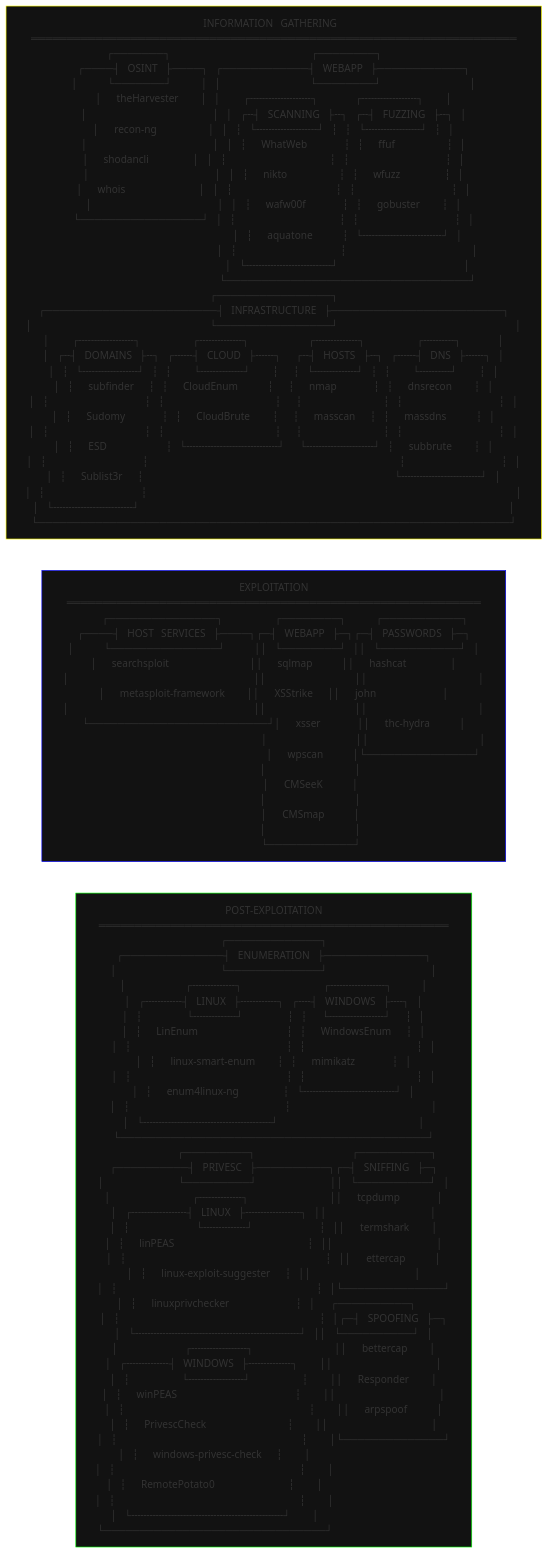
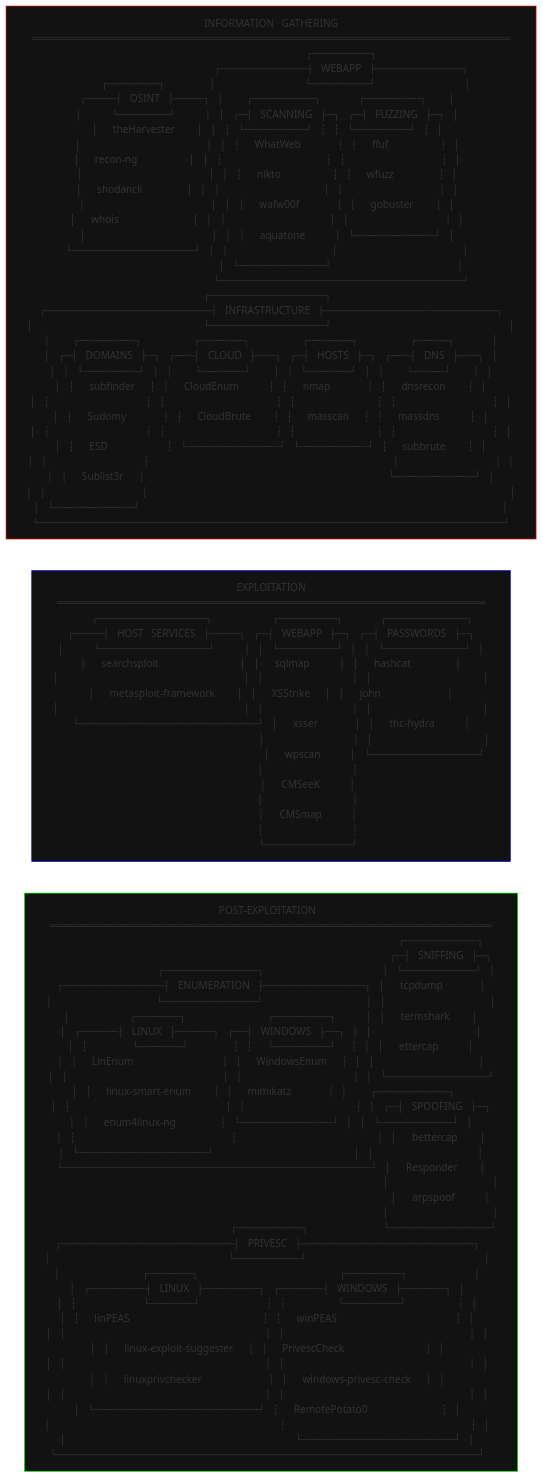
The diagram in base.README.md (Skalyaeve/a-process), drawn with Mermaid before and after one commit. The commit also changed other lines of this file and 1 other file, not shown here.

````diff
--- a/base.README.md
+++ b/base.README.md
@@ -1,106 +1,101 @@
 ```mermaid
 graph LR
 information-gathering[
-⠀⠀⠀⠀⠀⠀⠀⠀⠀⠀⠀⠀⠀⠀⠀⠀⠀⠀⠀⠀⠀⠀⠀INFORMATION⠀GATHERING⠀⠀⠀⠀⠀⠀⠀⠀⠀⠀⠀⠀⠀⠀⠀⠀⠀⠀⠀⠀⠀⠀⠀⠀
-════════════════════════════════════════════════════════════════════
-⠀⠀⠀⠀⠀⠀⠀⠀⠀⠀⠀┌───────┐⠀⠀⠀⠀⠀⠀⠀⠀⠀⠀⠀⠀⠀⠀⠀⠀⠀⠀⠀┌────────┐⠀⠀⠀⠀⠀⠀⠀⠀⠀⠀⠀⠀⠀⠀⠀⠀⠀⠀⠀
-⠀⠀⠀⠀⠀⠀┌────┤⠀OSINT⠀├────┐⠀┌────────────┤⠀WEBAPP⠀├────────────┐⠀⠀⠀⠀⠀⠀
-⠀⠀⠀⠀⠀⠀│⠀⠀⠀⠀└───────┘⠀⠀⠀⠀│⠀│⠀⠀⠀⠀⠀⠀⠀⠀⠀⠀⠀⠀└────────┘⠀⠀⠀⠀⠀⠀⠀⠀⠀⠀⠀⠀│⠀⠀⠀⠀⠀⠀
-⠀⠀⠀⠀⠀⠀│⠀⠀theHarvester⠀⠀⠀│⠀│⠀⠀⠀┌╌╌╌╌╌╌╌╌╌╌┐⠀⠀⠀⠀⠀┌╌╌╌╌╌╌╌╌╌┐⠀⠀⠀│⠀⠀⠀⠀⠀⠀
-⠀⠀⠀⠀⠀⠀│⠀⠀⠀⠀⠀⠀⠀⠀⠀⠀⠀⠀⠀⠀⠀⠀⠀│⠀│⠀┌╌┤⠀SCANNING⠀├╌┐⠀┌╌┤⠀FUZZING⠀├╌┐⠀│⠀⠀⠀⠀⠀⠀
-⠀⠀⠀⠀⠀⠀│⠀⠀recon-ng⠀⠀⠀⠀⠀⠀⠀│⠀│⠀┆⠀└╌╌╌╌╌╌╌╌╌╌┘⠀┆⠀┆⠀└╌╌╌╌╌╌╌╌╌┘⠀┆⠀│⠀⠀⠀⠀⠀⠀
-⠀⠀⠀⠀⠀⠀│⠀⠀⠀⠀⠀⠀⠀⠀⠀⠀⠀⠀⠀⠀⠀⠀⠀│⠀│⠀┆⠀⠀WhatWeb⠀⠀⠀⠀⠀┆⠀┆⠀⠀ffuf⠀⠀⠀⠀⠀⠀⠀┆⠀│⠀⠀⠀⠀⠀⠀
-⠀⠀⠀⠀⠀⠀│⠀⠀shodancli⠀⠀⠀⠀⠀⠀│⠀│⠀┆⠀⠀⠀⠀⠀⠀⠀⠀⠀⠀⠀⠀⠀⠀┆⠀┆⠀⠀⠀⠀⠀⠀⠀⠀⠀⠀⠀⠀⠀┆⠀│⠀⠀⠀⠀⠀⠀
-⠀⠀⠀⠀⠀⠀│⠀⠀⠀⠀⠀⠀⠀⠀⠀⠀⠀⠀⠀⠀⠀⠀⠀│⠀│⠀┆⠀⠀nikto⠀⠀⠀⠀⠀⠀⠀┆⠀┆⠀⠀wfuzz⠀⠀⠀⠀⠀⠀┆⠀│⠀⠀⠀⠀⠀⠀
-⠀⠀⠀⠀⠀⠀│⠀⠀whois⠀⠀⠀⠀⠀⠀⠀⠀⠀⠀│⠀│⠀┆⠀⠀⠀⠀⠀⠀⠀⠀⠀⠀⠀⠀⠀⠀┆⠀┆⠀⠀⠀⠀⠀⠀⠀⠀⠀⠀⠀⠀⠀┆⠀│⠀⠀⠀⠀⠀⠀
-⠀⠀⠀⠀⠀⠀│⠀⠀⠀⠀⠀⠀⠀⠀⠀⠀⠀⠀⠀⠀⠀⠀⠀│⠀│⠀┆⠀⠀wafw00f⠀⠀⠀⠀⠀┆⠀┆⠀⠀gobuster⠀⠀⠀┆⠀│⠀⠀⠀⠀⠀⠀
-⠀⠀⠀⠀⠀⠀└─────────────────┘⠀│⠀┆⠀⠀⠀⠀⠀⠀⠀⠀⠀⠀⠀⠀⠀⠀┆⠀┆⠀⠀⠀⠀⠀⠀⠀⠀⠀⠀⠀⠀⠀┆⠀│⠀⠀⠀⠀⠀⠀
-⠀⠀⠀⠀⠀⠀⠀⠀⠀⠀⠀⠀⠀⠀⠀⠀⠀⠀⠀⠀⠀⠀⠀⠀⠀⠀│⠀┆⠀⠀aquatone⠀⠀⠀⠀┆⠀└╌╌╌╌╌╌╌╌╌╌╌╌╌┘⠀│⠀⠀⠀⠀⠀⠀
-⠀⠀⠀⠀⠀⠀⠀⠀⠀⠀⠀⠀⠀⠀⠀⠀⠀⠀⠀⠀⠀⠀⠀⠀⠀⠀│⠀┆⠀⠀⠀⠀⠀⠀⠀⠀⠀⠀⠀⠀⠀⠀┆⠀⠀⠀⠀⠀⠀⠀⠀⠀⠀⠀⠀⠀⠀⠀⠀⠀│⠀⠀⠀⠀⠀⠀
-⠀⠀⠀⠀⠀⠀⠀⠀⠀⠀⠀⠀⠀⠀⠀⠀⠀⠀⠀⠀⠀⠀⠀⠀⠀⠀│⠀└╌╌╌╌╌╌╌╌╌╌╌╌╌╌┘⠀⠀⠀⠀⠀⠀⠀⠀⠀⠀⠀⠀⠀⠀⠀⠀⠀│⠀⠀⠀⠀⠀⠀
-⠀⠀⠀⠀⠀⠀⠀⠀⠀⠀⠀⠀⠀⠀⠀⠀⠀⠀⠀⠀⠀⠀⠀⠀⠀⠀└──────────────────────────────────┘⠀⠀⠀⠀⠀⠀
-⠀⠀⠀⠀⠀⠀⠀⠀⠀⠀⠀⠀⠀⠀⠀⠀⠀⠀⠀⠀⠀⠀⠀⠀⠀┌────────────────┐⠀⠀⠀⠀⠀⠀⠀⠀⠀⠀⠀⠀⠀⠀⠀⠀⠀⠀⠀⠀⠀⠀⠀⠀⠀
-┌────────────────────────┤⠀INFRASTRUCTURE⠀├────────────────────────┐
-│⠀⠀⠀⠀⠀⠀⠀⠀⠀⠀⠀⠀⠀⠀⠀⠀⠀⠀⠀⠀⠀⠀⠀⠀└────────────────┘⠀⠀⠀⠀⠀⠀⠀⠀⠀⠀⠀⠀⠀⠀⠀⠀⠀⠀⠀⠀⠀⠀⠀⠀│
-│⠀⠀⠀┌╌╌╌╌╌╌╌╌╌┐⠀⠀⠀⠀⠀⠀⠀┌╌╌╌╌╌╌╌┐⠀⠀⠀⠀⠀⠀⠀⠀┌╌╌╌╌╌╌╌┐⠀⠀⠀⠀⠀⠀⠀┌╌╌╌╌╌┐⠀⠀⠀⠀⠀│
-│⠀┌╌┤⠀DOMAINS⠀├╌┐⠀┌╌╌╌┤⠀CLOUD⠀├╌╌╌┐⠀⠀┌╌┤⠀HOSTS⠀├╌┐⠀┌╌╌╌┤⠀DNS⠀├╌╌╌┐⠀│
-│⠀┆⠀└╌╌╌╌╌╌╌╌╌┘⠀┆⠀┆⠀⠀⠀└╌╌╌╌╌╌╌┘⠀⠀⠀┆⠀⠀┆⠀└╌╌╌╌╌╌╌┘⠀┆⠀┆⠀⠀⠀└╌╌╌╌╌┘⠀⠀⠀┆⠀│
-│⠀┆⠀⠀subfinder⠀⠀┆⠀┆⠀⠀CloudEnum⠀⠀⠀⠀┆⠀⠀┆⠀⠀nmap⠀⠀⠀⠀⠀┆⠀┆⠀⠀dnsrecon⠀⠀⠀┆⠀│
-│⠀┆⠀⠀⠀⠀⠀⠀⠀⠀⠀⠀⠀⠀⠀┆⠀┆⠀⠀⠀⠀⠀⠀⠀⠀⠀⠀⠀⠀⠀⠀⠀┆⠀⠀┆⠀⠀⠀⠀⠀⠀⠀⠀⠀⠀⠀┆⠀┆⠀⠀⠀⠀⠀⠀⠀⠀⠀⠀⠀⠀⠀┆⠀│
-│⠀┆⠀⠀Sudomy⠀⠀⠀⠀⠀┆⠀┆⠀⠀CloudBrute⠀⠀⠀┆⠀⠀┆⠀⠀masscan⠀⠀┆⠀┆⠀⠀massdns⠀⠀⠀⠀┆⠀│
-│⠀┆⠀⠀⠀⠀⠀⠀⠀⠀⠀⠀⠀⠀⠀┆⠀┆⠀⠀⠀⠀⠀⠀⠀⠀⠀⠀⠀⠀⠀⠀⠀┆⠀⠀┆⠀⠀⠀⠀⠀⠀⠀⠀⠀⠀⠀┆⠀┆⠀⠀⠀⠀⠀⠀⠀⠀⠀⠀⠀⠀⠀┆⠀│
-│⠀┆⠀⠀ESD⠀⠀⠀⠀⠀⠀⠀⠀┆⠀└╌╌╌╌╌╌╌╌╌╌╌╌╌╌╌┘⠀⠀└╌╌╌╌╌╌╌╌╌╌╌┘⠀┆⠀⠀subbrute⠀⠀⠀┆⠀│
-│⠀┆⠀⠀⠀⠀⠀⠀⠀⠀⠀⠀⠀⠀⠀┆⠀⠀⠀⠀⠀⠀⠀⠀⠀⠀⠀⠀⠀⠀⠀⠀⠀⠀⠀⠀⠀⠀⠀⠀⠀⠀⠀⠀⠀⠀⠀⠀⠀⠀┆⠀⠀⠀⠀⠀⠀⠀⠀⠀⠀⠀⠀⠀┆⠀│
-│⠀┆⠀⠀Sublist3r⠀⠀┆⠀⠀⠀⠀⠀⠀⠀⠀⠀⠀⠀⠀⠀⠀⠀⠀⠀⠀⠀⠀⠀⠀⠀⠀⠀⠀⠀⠀⠀⠀⠀⠀⠀⠀└╌╌╌╌╌╌╌╌╌╌╌╌╌┘⠀│
-│⠀┆⠀⠀⠀⠀⠀⠀⠀⠀⠀⠀⠀⠀⠀┆⠀⠀⠀⠀⠀⠀⠀⠀⠀⠀⠀⠀⠀⠀⠀⠀⠀⠀⠀⠀⠀⠀⠀⠀⠀⠀⠀⠀⠀⠀⠀⠀⠀⠀⠀⠀⠀⠀⠀⠀⠀⠀⠀⠀⠀⠀⠀⠀⠀⠀│
-│⠀└╌╌╌╌╌╌╌╌╌╌╌╌╌┘⠀⠀⠀⠀⠀⠀⠀⠀⠀⠀⠀⠀⠀⠀⠀⠀⠀⠀⠀⠀⠀⠀⠀⠀⠀⠀⠀⠀⠀⠀⠀⠀⠀⠀⠀⠀⠀⠀⠀⠀⠀⠀⠀⠀⠀⠀⠀⠀⠀⠀│
-└──────────────────────────────────────────────────────────────────┘
+⠀⠀⠀⠀⠀⠀⠀⠀⠀⠀⠀⠀⠀⠀⠀⠀⠀⠀⠀⠀⠀⠀⠀INFORMATION⠀GATHERING⠀⠀⠀⠀⠀⠀⠀⠀⠀⠀⠀⠀⠀⠀⠀⠀⠀⠀⠀⠀⠀⠀⠀
+═══════════════════════════════════════════════════════════════════
+⠀⠀⠀⠀⠀⠀⠀⠀⠀⠀⠀⠀⠀⠀⠀⠀⠀⠀⠀⠀⠀⠀⠀⠀⠀⠀⠀⠀⠀⠀⠀⠀⠀⠀⠀⠀⠀⠀┌────────┐⠀⠀⠀⠀⠀⠀⠀⠀⠀⠀⠀⠀⠀⠀⠀⠀⠀⠀⠀
+⠀⠀⠀⠀⠀⠀⠀⠀⠀⠀⠀⠀⠀⠀⠀⠀⠀⠀⠀⠀⠀⠀⠀⠀⠀┌────────────┤⠀WEBAPP⠀├────────────┐⠀⠀⠀⠀⠀⠀
+⠀⠀⠀⠀⠀⠀⠀⠀⠀⠀┌───────┐⠀⠀⠀⠀⠀⠀│⠀⠀⠀⠀⠀⠀⠀⠀⠀⠀⠀⠀└────────┘⠀⠀⠀⠀⠀⠀⠀⠀⠀⠀⠀⠀│⠀⠀⠀⠀⠀⠀
+⠀⠀⠀⠀⠀┌────┤⠀OSINT⠀├────┐⠀│⠀⠀⠀┌╌╌╌╌╌╌╌╌╌╌┐⠀⠀⠀⠀⠀┌╌╌╌╌╌╌╌╌╌┐⠀⠀⠀│⠀⠀⠀⠀⠀⠀
+⠀⠀⠀⠀⠀│⠀⠀⠀⠀└───────┘⠀⠀⠀⠀│⠀│⠀┌╌┤⠀SCANNING⠀├╌┐⠀┌╌┤⠀FUZZING⠀├╌┐⠀│⠀⠀⠀⠀⠀⠀
+⠀⠀⠀⠀⠀│⠀⠀theHarvester⠀⠀⠀│⠀│⠀┆⠀└╌╌╌╌╌╌╌╌╌╌┘⠀┆⠀┆⠀└╌╌╌╌╌╌╌╌╌┘⠀┆⠀│⠀⠀⠀⠀⠀⠀
+⠀⠀⠀⠀⠀│⠀⠀⠀⠀⠀⠀⠀⠀⠀⠀⠀⠀⠀⠀⠀⠀⠀│⠀│⠀┆⠀⠀WhatWeb⠀⠀⠀⠀⠀┆⠀┆⠀⠀ffuf⠀⠀⠀⠀⠀⠀⠀┆⠀│⠀⠀⠀⠀⠀⠀
+⠀⠀⠀⠀⠀│⠀⠀recon-ng⠀⠀⠀⠀⠀⠀⠀│⠀│⠀┆⠀⠀⠀⠀⠀⠀⠀⠀⠀⠀⠀⠀⠀⠀┆⠀┆⠀⠀⠀⠀⠀⠀⠀⠀⠀⠀⠀⠀⠀┆⠀│⠀⠀⠀⠀⠀⠀
+⠀⠀⠀⠀⠀│⠀⠀⠀⠀⠀⠀⠀⠀⠀⠀⠀⠀⠀⠀⠀⠀⠀│⠀│⠀┆⠀⠀nikto⠀⠀⠀⠀⠀⠀⠀┆⠀┆⠀⠀wfuzz⠀⠀⠀⠀⠀⠀┆⠀│⠀⠀⠀⠀⠀⠀
+⠀⠀⠀⠀⠀│⠀⠀shodancli⠀⠀⠀⠀⠀⠀│⠀│⠀┆⠀⠀⠀⠀⠀⠀⠀⠀⠀⠀⠀⠀⠀⠀┆⠀┆⠀⠀⠀⠀⠀⠀⠀⠀⠀⠀⠀⠀⠀┆⠀│⠀⠀⠀⠀⠀⠀
+⠀⠀⠀⠀⠀│⠀⠀⠀⠀⠀⠀⠀⠀⠀⠀⠀⠀⠀⠀⠀⠀⠀│⠀│⠀┆⠀⠀wafw00f⠀⠀⠀⠀⠀┆⠀┆⠀⠀gobuster⠀⠀⠀┆⠀│⠀⠀⠀⠀⠀⠀
+⠀⠀⠀⠀⠀│⠀⠀whois⠀⠀⠀⠀⠀⠀⠀⠀⠀⠀│⠀│⠀┆⠀⠀⠀⠀⠀⠀⠀⠀⠀⠀⠀⠀⠀⠀┆⠀┆⠀⠀⠀⠀⠀⠀⠀⠀⠀⠀⠀⠀⠀┆⠀│⠀⠀⠀⠀⠀⠀
+⠀⠀⠀⠀⠀│⠀⠀⠀⠀⠀⠀⠀⠀⠀⠀⠀⠀⠀⠀⠀⠀⠀│⠀│⠀┆⠀⠀aquatone⠀⠀⠀⠀┆⠀└╌╌╌╌╌╌╌╌╌╌╌╌╌┘⠀│⠀⠀⠀⠀⠀⠀
+⠀⠀⠀⠀⠀└─────────────────┘⠀│⠀┆⠀⠀⠀⠀⠀⠀⠀⠀⠀⠀⠀⠀⠀⠀┆⠀⠀⠀⠀⠀⠀⠀⠀⠀⠀⠀⠀⠀⠀⠀⠀⠀│⠀⠀⠀⠀⠀⠀
+⠀⠀⠀⠀⠀⠀⠀⠀⠀⠀⠀⠀⠀⠀⠀⠀⠀⠀⠀⠀⠀⠀⠀⠀⠀│⠀└╌╌╌╌╌╌╌╌╌╌╌╌╌╌┘⠀⠀⠀⠀⠀⠀⠀⠀⠀⠀⠀⠀⠀⠀⠀⠀⠀│⠀⠀⠀⠀⠀⠀
+⠀⠀⠀⠀⠀⠀⠀⠀⠀⠀⠀⠀⠀⠀⠀⠀⠀⠀⠀⠀⠀⠀⠀⠀⠀└──────────────────────────────────┘⠀⠀⠀⠀⠀⠀
+⠀⠀⠀⠀⠀⠀⠀⠀⠀⠀⠀⠀⠀⠀⠀⠀⠀⠀⠀⠀⠀⠀⠀⠀┌────────────────┐⠀⠀⠀⠀⠀⠀⠀⠀⠀⠀⠀⠀⠀⠀⠀⠀⠀⠀⠀⠀⠀⠀⠀⠀⠀
+┌───────────────────────┤⠀INFRASTRUCTURE⠀├────────────────────────┐
+│⠀⠀⠀⠀⠀⠀⠀⠀⠀⠀⠀⠀⠀⠀⠀⠀⠀⠀⠀⠀⠀⠀⠀└────────────────┘⠀⠀⠀⠀⠀⠀⠀⠀⠀⠀⠀⠀⠀⠀⠀⠀⠀⠀⠀⠀⠀⠀⠀⠀│
+│⠀⠀⠀┌╌╌╌╌╌╌╌╌╌┐⠀⠀⠀⠀⠀⠀⠀┌╌╌╌╌╌╌╌┐⠀⠀⠀⠀⠀⠀⠀┌╌╌╌╌╌╌╌┐⠀⠀⠀⠀⠀⠀⠀┌╌╌╌╌╌┐⠀⠀⠀⠀⠀│
+│⠀┌╌┤⠀DOMAINS⠀├╌┐⠀┌╌╌╌┤⠀CLOUD⠀├╌╌╌┐⠀┌╌┤⠀HOSTS⠀├╌┐⠀┌╌╌╌┤⠀DNS⠀├╌╌╌┐⠀│
+│⠀┆⠀└╌╌╌╌╌╌╌╌╌┘⠀┆⠀┆⠀⠀⠀└╌╌╌╌╌╌╌┘⠀⠀⠀┆⠀┆⠀└╌╌╌╌╌╌╌┘⠀┆⠀┆⠀⠀⠀└╌╌╌╌╌┘⠀⠀⠀┆⠀│
+│⠀┆⠀⠀subfinder⠀⠀┆⠀┆⠀⠀CloudEnum⠀⠀⠀⠀┆⠀┆⠀⠀nmap⠀⠀⠀⠀⠀┆⠀┆⠀⠀dnsrecon⠀⠀⠀┆⠀│
+│⠀┆⠀⠀⠀⠀⠀⠀⠀⠀⠀⠀⠀⠀⠀┆⠀┆⠀⠀⠀⠀⠀⠀⠀⠀⠀⠀⠀⠀⠀⠀⠀┆⠀┆⠀⠀⠀⠀⠀⠀⠀⠀⠀⠀⠀┆⠀┆⠀⠀⠀⠀⠀⠀⠀⠀⠀⠀⠀⠀⠀┆⠀│
+│⠀┆⠀⠀Sudomy⠀⠀⠀⠀⠀┆⠀┆⠀⠀CloudBrute⠀⠀⠀┆⠀┆⠀⠀masscan⠀⠀┆⠀┆⠀⠀massdns⠀⠀⠀⠀┆⠀│
+│⠀┆⠀⠀⠀⠀⠀⠀⠀⠀⠀⠀⠀⠀⠀┆⠀┆⠀⠀⠀⠀⠀⠀⠀⠀⠀⠀⠀⠀⠀⠀⠀┆⠀┆⠀⠀⠀⠀⠀⠀⠀⠀⠀⠀⠀┆⠀┆⠀⠀⠀⠀⠀⠀⠀⠀⠀⠀⠀⠀⠀┆⠀│
+│⠀┆⠀⠀ESD⠀⠀⠀⠀⠀⠀⠀⠀┆⠀└╌╌╌╌╌╌╌╌╌╌╌╌╌╌╌┘⠀└╌╌╌╌╌╌╌╌╌╌╌┘⠀┆⠀⠀subbrute⠀⠀⠀┆⠀│
+│⠀┆⠀⠀⠀⠀⠀⠀⠀⠀⠀⠀⠀⠀⠀┆⠀⠀⠀⠀⠀⠀⠀⠀⠀⠀⠀⠀⠀⠀⠀⠀⠀⠀⠀⠀⠀⠀⠀⠀⠀⠀⠀⠀⠀⠀⠀⠀⠀┆⠀⠀⠀⠀⠀⠀⠀⠀⠀⠀⠀⠀⠀┆⠀│
+│⠀┆⠀⠀Sublist3r⠀⠀┆⠀⠀⠀⠀⠀⠀⠀⠀⠀⠀⠀⠀⠀⠀⠀⠀⠀⠀⠀⠀⠀⠀⠀⠀⠀⠀⠀⠀⠀⠀⠀⠀⠀└╌╌╌╌╌╌╌╌╌╌╌╌╌┘⠀│
+│⠀┆⠀⠀⠀⠀⠀⠀⠀⠀⠀⠀⠀⠀⠀┆⠀⠀⠀⠀⠀⠀⠀⠀⠀⠀⠀⠀⠀⠀⠀⠀⠀⠀⠀⠀⠀⠀⠀⠀⠀⠀⠀⠀⠀⠀⠀⠀⠀⠀⠀⠀⠀⠀⠀⠀⠀⠀⠀⠀⠀⠀⠀⠀⠀│
+│⠀└╌╌╌╌╌╌╌╌╌╌╌╌╌┘⠀⠀⠀⠀⠀⠀⠀⠀⠀⠀⠀⠀⠀⠀⠀⠀⠀⠀⠀⠀⠀⠀⠀⠀⠀⠀⠀⠀⠀⠀⠀⠀⠀⠀⠀⠀⠀⠀⠀⠀⠀⠀⠀⠀⠀⠀⠀⠀⠀│
+└─────────────────────────────────────────────────────────────────┘
 ]
 exploitation[
-⠀⠀⠀⠀⠀⠀⠀⠀⠀⠀⠀⠀⠀⠀⠀⠀⠀⠀⠀⠀⠀⠀⠀EXPLOITATION⠀⠀⠀⠀⠀⠀⠀⠀⠀⠀⠀⠀⠀⠀⠀⠀⠀⠀⠀⠀⠀⠀⠀
-══════════════════════════════════════════════════════════
-⠀⠀⠀⠀⠀┌───────────────┐⠀⠀⠀⠀⠀⠀⠀┌────────┐⠀⠀⠀⠀┌───────────┐⠀⠀
-┌────┤⠀HOST⠀SERVICES⠀├────┐┌─┤⠀WEBAPP⠀├─┐┌─┤⠀PASSWORDS⠀├─┐
-│⠀⠀⠀⠀└───────────────┘⠀⠀⠀⠀││⠀└────────┘⠀││⠀└───────────┘⠀│
-│⠀⠀searchsploit⠀⠀⠀⠀⠀⠀⠀⠀⠀⠀⠀││⠀⠀sqlmap⠀⠀⠀⠀││⠀⠀hashcat⠀⠀⠀⠀⠀⠀│
-│⠀⠀⠀⠀⠀⠀⠀⠀⠀⠀⠀⠀⠀⠀⠀⠀⠀⠀⠀⠀⠀⠀⠀⠀⠀││⠀⠀⠀⠀⠀⠀⠀⠀⠀⠀⠀⠀││⠀⠀⠀⠀⠀⠀⠀⠀⠀⠀⠀⠀⠀⠀⠀│
-│⠀⠀metasploit-framework⠀⠀⠀││⠀⠀XSStrike⠀⠀││⠀⠀john⠀⠀⠀⠀⠀⠀⠀⠀⠀│
-│⠀⠀⠀⠀⠀⠀⠀⠀⠀⠀⠀⠀⠀⠀⠀⠀⠀⠀⠀⠀⠀⠀⠀⠀⠀││⠀⠀⠀⠀⠀⠀⠀⠀⠀⠀⠀⠀││⠀⠀⠀⠀⠀⠀⠀⠀⠀⠀⠀⠀⠀⠀⠀│
-└─────────────────────────┘│⠀⠀xsser⠀⠀⠀⠀⠀││⠀⠀thc-hydra⠀⠀⠀⠀│
-⠀⠀⠀⠀⠀⠀⠀⠀⠀⠀⠀⠀⠀⠀⠀⠀⠀⠀⠀⠀⠀⠀⠀⠀⠀⠀⠀│⠀⠀⠀⠀⠀⠀⠀⠀⠀⠀⠀⠀││⠀⠀⠀⠀⠀⠀⠀⠀⠀⠀⠀⠀⠀⠀⠀│
-⠀⠀⠀⠀⠀⠀⠀⠀⠀⠀⠀⠀⠀⠀⠀⠀⠀⠀⠀⠀⠀⠀⠀⠀⠀⠀⠀│⠀⠀wpscan⠀⠀⠀⠀│└───────────────┘
-⠀⠀⠀⠀⠀⠀⠀⠀⠀⠀⠀⠀⠀⠀⠀⠀⠀⠀⠀⠀⠀⠀⠀⠀⠀⠀⠀│⠀⠀⠀⠀⠀⠀⠀⠀⠀⠀⠀⠀│⠀⠀⠀⠀⠀⠀⠀⠀⠀⠀⠀⠀⠀⠀⠀⠀⠀
-⠀⠀⠀⠀⠀⠀⠀⠀⠀⠀⠀⠀⠀⠀⠀⠀⠀⠀⠀⠀⠀⠀⠀⠀⠀⠀⠀│⠀⠀CMSeeK⠀⠀⠀⠀│⠀⠀⠀⠀⠀⠀⠀⠀⠀⠀⠀⠀⠀⠀⠀⠀⠀
-⠀⠀⠀⠀⠀⠀⠀⠀⠀⠀⠀⠀⠀⠀⠀⠀⠀⠀⠀⠀⠀⠀⠀⠀⠀⠀⠀│⠀⠀⠀⠀⠀⠀⠀⠀⠀⠀⠀⠀│⠀⠀⠀⠀⠀⠀⠀⠀⠀⠀⠀⠀⠀⠀⠀⠀⠀
-⠀⠀⠀⠀⠀⠀⠀⠀⠀⠀⠀⠀⠀⠀⠀⠀⠀⠀⠀⠀⠀⠀⠀⠀⠀⠀⠀│⠀⠀CMSmap⠀⠀⠀⠀│⠀⠀⠀⠀⠀⠀⠀⠀⠀⠀⠀⠀⠀⠀⠀⠀⠀
-⠀⠀⠀⠀⠀⠀⠀⠀⠀⠀⠀⠀⠀⠀⠀⠀⠀⠀⠀⠀⠀⠀⠀⠀⠀⠀⠀│⠀⠀⠀⠀⠀⠀⠀⠀⠀⠀⠀⠀│⠀⠀⠀⠀⠀⠀⠀⠀⠀⠀⠀⠀⠀⠀⠀⠀⠀
-⠀⠀⠀⠀⠀⠀⠀⠀⠀⠀⠀⠀⠀⠀⠀⠀⠀⠀⠀⠀⠀⠀⠀⠀⠀⠀⠀└────────────┘⠀⠀⠀⠀⠀⠀⠀⠀⠀⠀⠀⠀⠀⠀⠀⠀⠀
+⠀⠀⠀⠀⠀⠀⠀⠀⠀⠀⠀⠀⠀⠀⠀⠀⠀⠀⠀⠀⠀⠀⠀⠀EXPLOITATION⠀⠀⠀⠀⠀⠀⠀⠀⠀⠀⠀⠀⠀⠀⠀⠀⠀⠀⠀⠀⠀⠀⠀⠀
+════════════════════════════════════════════════════════════
+⠀⠀⠀⠀⠀┌───────────────┐⠀⠀⠀⠀⠀⠀⠀⠀┌────────┐⠀⠀⠀⠀⠀┌───────────┐⠀⠀
+┌────┤⠀HOST⠀SERVICES⠀├────┐⠀┌─┤⠀WEBAPP⠀├─┐⠀┌─┤⠀PASSWORDS⠀├─┐
+│⠀⠀⠀⠀└───────────────┘⠀⠀⠀⠀│⠀│⠀└────────┘⠀│⠀│⠀└───────────┘⠀│
+│⠀⠀searchsploit⠀⠀⠀⠀⠀⠀⠀⠀⠀⠀⠀│⠀│⠀⠀sqlmap⠀⠀⠀⠀│⠀│⠀⠀hashcat⠀⠀⠀⠀⠀⠀│
+│⠀⠀⠀⠀⠀⠀⠀⠀⠀⠀⠀⠀⠀⠀⠀⠀⠀⠀⠀⠀⠀⠀⠀⠀⠀│⠀│⠀⠀⠀⠀⠀⠀⠀⠀⠀⠀⠀⠀│⠀│⠀⠀⠀⠀⠀⠀⠀⠀⠀⠀⠀⠀⠀⠀⠀│
+│⠀⠀metasploit-framework⠀⠀⠀│⠀│⠀⠀XSStrike⠀⠀│⠀│⠀⠀john⠀⠀⠀⠀⠀⠀⠀⠀⠀│
+│⠀⠀⠀⠀⠀⠀⠀⠀⠀⠀⠀⠀⠀⠀⠀⠀⠀⠀⠀⠀⠀⠀⠀⠀⠀│⠀│⠀⠀⠀⠀⠀⠀⠀⠀⠀⠀⠀⠀│⠀│⠀⠀⠀⠀⠀⠀⠀⠀⠀⠀⠀⠀⠀⠀⠀│
+└─────────────────────────┘⠀│⠀⠀xsser⠀⠀⠀⠀⠀│⠀│⠀⠀thc-hydra⠀⠀⠀⠀│
+⠀⠀⠀⠀⠀⠀⠀⠀⠀⠀⠀⠀⠀⠀⠀⠀⠀⠀⠀⠀⠀⠀⠀⠀⠀⠀⠀⠀│⠀⠀⠀⠀⠀⠀⠀⠀⠀⠀⠀⠀│⠀│⠀⠀⠀⠀⠀⠀⠀⠀⠀⠀⠀⠀⠀⠀⠀│
+⠀⠀⠀⠀⠀⠀⠀⠀⠀⠀⠀⠀⠀⠀⠀⠀⠀⠀⠀⠀⠀⠀⠀⠀⠀⠀⠀⠀│⠀⠀wpscan⠀⠀⠀⠀│⠀└───────────────┘
+⠀⠀⠀⠀⠀⠀⠀⠀⠀⠀⠀⠀⠀⠀⠀⠀⠀⠀⠀⠀⠀⠀⠀⠀⠀⠀⠀⠀│⠀⠀⠀⠀⠀⠀⠀⠀⠀⠀⠀⠀│⠀⠀⠀⠀⠀⠀⠀⠀⠀⠀⠀⠀⠀⠀⠀⠀⠀⠀
+⠀⠀⠀⠀⠀⠀⠀⠀⠀⠀⠀⠀⠀⠀⠀⠀⠀⠀⠀⠀⠀⠀⠀⠀⠀⠀⠀⠀│⠀⠀CMSeeK⠀⠀⠀⠀│⠀⠀⠀⠀⠀⠀⠀⠀⠀⠀⠀⠀⠀⠀⠀⠀⠀⠀
+⠀⠀⠀⠀⠀⠀⠀⠀⠀⠀⠀⠀⠀⠀⠀⠀⠀⠀⠀⠀⠀⠀⠀⠀⠀⠀⠀⠀│⠀⠀⠀⠀⠀⠀⠀⠀⠀⠀⠀⠀│⠀⠀⠀⠀⠀⠀⠀⠀⠀⠀⠀⠀⠀⠀⠀⠀⠀⠀
+⠀⠀⠀⠀⠀⠀⠀⠀⠀⠀⠀⠀⠀⠀⠀⠀⠀⠀⠀⠀⠀⠀⠀⠀⠀⠀⠀⠀│⠀⠀CMSmap⠀⠀⠀⠀│⠀⠀⠀⠀⠀⠀⠀⠀⠀⠀⠀⠀⠀⠀⠀⠀⠀⠀
+⠀⠀⠀⠀⠀⠀⠀⠀⠀⠀⠀⠀⠀⠀⠀⠀⠀⠀⠀⠀⠀⠀⠀⠀⠀⠀⠀⠀│⠀⠀⠀⠀⠀⠀⠀⠀⠀⠀⠀⠀│⠀⠀⠀⠀⠀⠀⠀⠀⠀⠀⠀⠀⠀⠀⠀⠀⠀⠀
+⠀⠀⠀⠀⠀⠀⠀⠀⠀⠀⠀⠀⠀⠀⠀⠀⠀⠀⠀⠀⠀⠀⠀⠀⠀⠀⠀⠀└────────────┘⠀⠀⠀⠀⠀⠀⠀⠀⠀⠀⠀⠀⠀⠀⠀⠀⠀⠀
 ]
 post-exploitation[
-⠀⠀⠀⠀⠀⠀⠀⠀⠀⠀⠀⠀⠀⠀⠀⠀POST-EXPLOITATION⠀⠀⠀⠀⠀⠀⠀⠀⠀⠀⠀⠀⠀⠀⠀⠀
-═════════════════════════════════════════════════
-⠀⠀⠀⠀⠀⠀⠀⠀⠀⠀⠀⠀⠀⠀⠀⠀⠀┌─────────────┐⠀⠀⠀⠀⠀⠀⠀⠀⠀⠀⠀⠀⠀⠀⠀⠀⠀
-⠀⠀┌──────────────┤⠀ENUMERATION⠀├──────────────┐⠀⠀
-⠀⠀│⠀⠀⠀⠀⠀⠀⠀⠀⠀⠀⠀⠀⠀⠀└─────────────┘⠀⠀⠀⠀⠀⠀⠀⠀⠀⠀⠀⠀⠀⠀│⠀⠀
-⠀⠀│⠀⠀⠀⠀⠀⠀⠀⠀┌╌╌╌╌╌╌╌┐⠀⠀⠀⠀⠀⠀⠀⠀⠀⠀⠀┌╌╌╌╌╌╌╌╌╌┐⠀⠀⠀⠀│⠀⠀
-⠀⠀│⠀┌╌╌╌╌╌╌┤⠀LINUX⠀├╌╌╌╌╌╌┐⠀┌╌╌┤⠀WINDOWS⠀├╌╌┐⠀│⠀⠀
-⠀⠀│⠀┆⠀⠀⠀⠀⠀⠀└╌╌╌╌╌╌╌┘⠀⠀⠀⠀⠀⠀┆⠀┆⠀⠀└╌╌╌╌╌╌╌╌╌┘⠀⠀┆⠀│⠀⠀
-⠀⠀│⠀┆⠀⠀LinEnum⠀⠀⠀⠀⠀⠀⠀⠀⠀⠀⠀⠀┆⠀┆⠀⠀WindowsEnum⠀⠀┆⠀│⠀⠀
-⠀⠀│⠀┆⠀⠀⠀⠀⠀⠀⠀⠀⠀⠀⠀⠀⠀⠀⠀⠀⠀⠀⠀⠀⠀┆⠀┆⠀⠀⠀⠀⠀⠀⠀⠀⠀⠀⠀⠀⠀⠀⠀┆⠀│⠀⠀
-⠀⠀│⠀┆⠀⠀linux-smart-enum⠀⠀⠀┆⠀┆⠀⠀mimikatz⠀⠀⠀⠀⠀┆⠀│⠀⠀
-⠀⠀│⠀┆⠀⠀⠀⠀⠀⠀⠀⠀⠀⠀⠀⠀⠀⠀⠀⠀⠀⠀⠀⠀⠀┆⠀┆⠀⠀⠀⠀⠀⠀⠀⠀⠀⠀⠀⠀⠀⠀⠀┆⠀│⠀⠀
-⠀⠀│⠀┆⠀⠀enum4linux-ng⠀⠀⠀⠀⠀⠀┆⠀└╌╌╌╌╌╌╌╌╌╌╌╌╌╌╌┘⠀│⠀⠀
-⠀⠀│⠀┆⠀⠀⠀⠀⠀⠀⠀⠀⠀⠀⠀⠀⠀⠀⠀⠀⠀⠀⠀⠀⠀┆⠀⠀⠀⠀⠀⠀⠀⠀⠀⠀⠀⠀⠀⠀⠀⠀⠀⠀⠀│⠀⠀
-⠀⠀│⠀└╌╌╌╌╌╌╌╌╌╌╌╌╌╌╌╌╌╌╌╌╌┘⠀⠀⠀⠀⠀⠀⠀⠀⠀⠀⠀⠀⠀⠀⠀⠀⠀⠀⠀│⠀⠀
-⠀⠀└───────────────────────────────────────────┘⠀⠀
-⠀⠀⠀⠀⠀⠀⠀⠀⠀⠀⠀┌─────────┐⠀⠀⠀⠀⠀⠀⠀⠀⠀⠀⠀⠀⠀┌──────────┐⠀⠀
-┌──────────┤⠀PRIVESC⠀├──────────┐┌─┤⠀SNIFFING⠀├─┐
-│⠀⠀⠀⠀⠀⠀⠀⠀⠀⠀└─────────┘⠀⠀⠀⠀⠀⠀⠀⠀⠀⠀││⠀└──────────┘⠀│
-│⠀⠀⠀⠀⠀⠀⠀⠀⠀⠀⠀┌╌╌╌╌╌╌╌┐⠀⠀⠀⠀⠀⠀⠀⠀⠀⠀⠀││⠀⠀tcpdump⠀⠀⠀⠀⠀│
-│⠀┌╌╌╌╌╌╌╌╌╌┤⠀LINUX⠀├╌╌╌╌╌╌╌╌╌┐⠀││⠀⠀⠀⠀⠀⠀⠀⠀⠀⠀⠀⠀⠀⠀│
-│⠀┆⠀⠀⠀⠀⠀⠀⠀⠀⠀└╌╌╌╌╌╌╌┘⠀⠀⠀⠀⠀⠀⠀⠀⠀┆⠀││⠀⠀termshark⠀⠀⠀│
-│⠀┆⠀⠀linPEAS⠀⠀⠀⠀⠀⠀⠀⠀⠀⠀⠀⠀⠀⠀⠀⠀⠀⠀┆⠀││⠀⠀⠀⠀⠀⠀⠀⠀⠀⠀⠀⠀⠀⠀│
-│⠀┆⠀⠀⠀⠀⠀⠀⠀⠀⠀⠀⠀⠀⠀⠀⠀⠀⠀⠀⠀⠀⠀⠀⠀⠀⠀⠀⠀┆⠀││⠀⠀ettercap⠀⠀⠀⠀│
-│⠀┆⠀⠀linux-exploit-suggester⠀⠀┆⠀││⠀⠀⠀⠀⠀⠀⠀⠀⠀⠀⠀⠀⠀⠀│
-│⠀┆⠀⠀⠀⠀⠀⠀⠀⠀⠀⠀⠀⠀⠀⠀⠀⠀⠀⠀⠀⠀⠀⠀⠀⠀⠀⠀⠀┆⠀│└──────────────┘
-│⠀┆⠀⠀linuxprivchecker⠀⠀⠀⠀⠀⠀⠀⠀⠀┆⠀│⠀⠀┌──────────┐⠀⠀
-│⠀┆⠀⠀⠀⠀⠀⠀⠀⠀⠀⠀⠀⠀⠀⠀⠀⠀⠀⠀⠀⠀⠀⠀⠀⠀⠀⠀⠀┆⠀│┌─┤⠀SPOOFING⠀├─┐
-│⠀└╌╌╌╌╌╌╌╌╌╌╌╌╌╌╌╌╌╌╌╌╌╌╌╌╌╌╌┘⠀││⠀└──────────┘⠀│
-│⠀⠀⠀⠀⠀⠀⠀⠀⠀┌╌╌╌╌╌╌╌╌╌┐⠀⠀⠀⠀⠀⠀⠀⠀⠀⠀⠀││⠀⠀bettercap⠀⠀⠀│
-│⠀┌╌╌╌╌╌╌╌┤⠀WINDOWS⠀├╌╌╌╌╌╌╌┐⠀⠀⠀││⠀⠀⠀⠀⠀⠀⠀⠀⠀⠀⠀⠀⠀⠀│
-│⠀┆⠀⠀⠀⠀⠀⠀⠀└╌╌╌╌╌╌╌╌╌┘⠀⠀⠀⠀⠀⠀⠀┆⠀⠀⠀││⠀⠀Responder⠀⠀⠀│
-│⠀┆⠀⠀winPEAS⠀⠀⠀⠀⠀⠀⠀⠀⠀⠀⠀⠀⠀⠀⠀⠀┆⠀⠀⠀││⠀⠀⠀⠀⠀⠀⠀⠀⠀⠀⠀⠀⠀⠀│
-│⠀┆⠀⠀⠀⠀⠀⠀⠀⠀⠀⠀⠀⠀⠀⠀⠀⠀⠀⠀⠀⠀⠀⠀⠀⠀⠀┆⠀⠀⠀││⠀⠀arpspoof⠀⠀⠀⠀│
-│⠀┆⠀⠀PrivescCheck⠀⠀⠀⠀⠀⠀⠀⠀⠀⠀⠀┆⠀⠀⠀││⠀⠀⠀⠀⠀⠀⠀⠀⠀⠀⠀⠀⠀⠀│
-│⠀┆⠀⠀⠀⠀⠀⠀⠀⠀⠀⠀⠀⠀⠀⠀⠀⠀⠀⠀⠀⠀⠀⠀⠀⠀⠀┆⠀⠀⠀│└──────────────┘
-│⠀┆⠀⠀windows-privesc-check⠀⠀┆⠀⠀⠀│⠀⠀⠀⠀⠀⠀⠀⠀⠀⠀⠀⠀⠀⠀⠀⠀
-│⠀┆⠀⠀⠀⠀⠀⠀⠀⠀⠀⠀⠀⠀⠀⠀⠀⠀⠀⠀⠀⠀⠀⠀⠀⠀⠀┆⠀⠀⠀│⠀⠀⠀⠀⠀⠀⠀⠀⠀⠀⠀⠀⠀⠀⠀⠀
-│⠀┆⠀⠀RemotePotato0⠀⠀⠀⠀⠀⠀⠀⠀⠀⠀┆⠀⠀⠀│⠀⠀⠀⠀⠀⠀⠀⠀⠀⠀⠀⠀⠀⠀⠀⠀
-│⠀┆⠀⠀⠀⠀⠀⠀⠀⠀⠀⠀⠀⠀⠀⠀⠀⠀⠀⠀⠀⠀⠀⠀⠀⠀⠀┆⠀⠀⠀│⠀⠀⠀⠀⠀⠀⠀⠀⠀⠀⠀⠀⠀⠀⠀⠀
-│⠀└╌╌╌╌╌╌╌╌╌╌╌╌╌╌╌╌╌╌╌╌╌╌╌╌╌┘⠀⠀⠀│⠀⠀⠀⠀⠀⠀⠀⠀⠀⠀⠀⠀⠀⠀⠀⠀
-└───────────────────────────────┘⠀⠀⠀⠀⠀⠀⠀⠀⠀⠀⠀⠀⠀⠀⠀⠀
+⠀⠀⠀⠀⠀⠀⠀⠀⠀⠀⠀⠀⠀⠀⠀⠀⠀⠀⠀⠀⠀⠀POST-EXPLOITATION⠀⠀⠀⠀⠀⠀⠀⠀⠀⠀⠀⠀⠀⠀⠀⠀⠀⠀⠀⠀⠀⠀⠀
+══════════════════════════════════════════════════════════════
+⠀⠀⠀⠀⠀⠀⠀⠀⠀⠀⠀⠀⠀⠀⠀⠀⠀⠀⠀⠀⠀⠀⠀⠀⠀⠀⠀⠀⠀⠀⠀⠀⠀⠀⠀⠀⠀⠀⠀⠀⠀⠀⠀⠀⠀⠀⠀⠀┌──────────┐⠀⠀
+⠀⠀⠀⠀⠀⠀⠀⠀⠀⠀⠀⠀⠀⠀⠀⠀⠀⠀⠀⠀⠀⠀⠀⠀⠀⠀⠀⠀⠀⠀⠀⠀⠀⠀⠀⠀⠀⠀⠀⠀⠀⠀⠀⠀⠀⠀┌─┤⠀SNIFFING⠀├─┐
+⠀⠀⠀⠀⠀⠀⠀⠀⠀⠀⠀⠀⠀⠀⠀┌─────────────┐⠀⠀⠀⠀⠀⠀⠀⠀⠀⠀⠀⠀⠀⠀⠀⠀│⠀└──────────┘⠀│
+┌──────────────┤⠀ENUMERATION⠀├──────────────┐⠀│⠀⠀tcpdump⠀⠀⠀⠀⠀│
+│⠀⠀⠀⠀⠀⠀⠀⠀⠀⠀⠀⠀⠀⠀└─────────────┘⠀⠀⠀⠀⠀⠀⠀⠀⠀⠀⠀⠀⠀⠀│⠀│⠀⠀⠀⠀⠀⠀⠀⠀⠀⠀⠀⠀⠀⠀│
+│⠀⠀⠀⠀⠀⠀⠀⠀┌╌╌╌╌╌╌╌┐⠀⠀⠀⠀⠀⠀⠀⠀⠀⠀⠀┌╌╌╌╌╌╌╌╌╌┐⠀⠀⠀⠀│⠀│⠀⠀termshark⠀⠀⠀│
+│⠀┌╌╌╌╌╌╌┤⠀LINUX⠀├╌╌╌╌╌╌┐⠀┌╌╌┤⠀WINDOWS⠀├╌╌┐⠀│⠀│⠀⠀⠀⠀⠀⠀⠀⠀⠀⠀⠀⠀⠀⠀│
+│⠀┆⠀⠀⠀⠀⠀⠀└╌╌╌╌╌╌╌┘⠀⠀⠀⠀⠀⠀┆⠀┆⠀⠀└╌╌╌╌╌╌╌╌╌┘⠀⠀┆⠀│⠀│⠀⠀ettercap⠀⠀⠀⠀│
+│⠀┆⠀⠀LinEnum⠀⠀⠀⠀⠀⠀⠀⠀⠀⠀⠀⠀┆⠀┆⠀⠀WindowsEnum⠀⠀┆⠀│⠀│⠀⠀⠀⠀⠀⠀⠀⠀⠀⠀⠀⠀⠀⠀│
+│⠀┆⠀⠀⠀⠀⠀⠀⠀⠀⠀⠀⠀⠀⠀⠀⠀⠀⠀⠀⠀⠀⠀┆⠀┆⠀⠀⠀⠀⠀⠀⠀⠀⠀⠀⠀⠀⠀⠀⠀┆⠀│⠀└──────────────┘
+│⠀┆⠀⠀linux-smart-enum⠀⠀⠀┆⠀┆⠀⠀mimikatz⠀⠀⠀⠀⠀┆⠀│⠀⠀⠀┌──────────┐⠀⠀
+│⠀┆⠀⠀⠀⠀⠀⠀⠀⠀⠀⠀⠀⠀⠀⠀⠀⠀⠀⠀⠀⠀⠀┆⠀┆⠀⠀⠀⠀⠀⠀⠀⠀⠀⠀⠀⠀⠀⠀⠀┆⠀│⠀┌─┤⠀SPOOFING⠀├─┐
+│⠀┆⠀⠀enum4linux-ng⠀⠀⠀⠀⠀⠀┆⠀└╌╌╌╌╌╌╌╌╌╌╌╌╌╌╌┘⠀│⠀│⠀└──────────┘⠀│
+│⠀┆⠀⠀⠀⠀⠀⠀⠀⠀⠀⠀⠀⠀⠀⠀⠀⠀⠀⠀⠀⠀⠀┆⠀⠀⠀⠀⠀⠀⠀⠀⠀⠀⠀⠀⠀⠀⠀⠀⠀⠀⠀│⠀│⠀⠀bettercap⠀⠀⠀│
+│⠀└╌╌╌╌╌╌╌╌╌╌╌╌╌╌╌╌╌╌╌╌╌┘⠀⠀⠀⠀⠀⠀⠀⠀⠀⠀⠀⠀⠀⠀⠀⠀⠀⠀⠀│⠀│⠀⠀⠀⠀⠀⠀⠀⠀⠀⠀⠀⠀⠀⠀│
+└───────────────────────────────────────────┘⠀│⠀⠀Responder⠀⠀⠀│
+⠀⠀⠀⠀⠀⠀⠀⠀⠀⠀⠀⠀⠀⠀⠀⠀⠀⠀⠀⠀⠀⠀⠀⠀⠀⠀⠀⠀⠀⠀⠀⠀⠀⠀⠀⠀⠀⠀⠀⠀⠀⠀⠀⠀⠀⠀│⠀⠀⠀⠀⠀⠀⠀⠀⠀⠀⠀⠀⠀⠀│
+⠀⠀⠀⠀⠀⠀⠀⠀⠀⠀⠀⠀⠀⠀⠀⠀⠀⠀⠀⠀⠀⠀⠀⠀⠀⠀⠀⠀⠀⠀⠀⠀⠀⠀⠀⠀⠀⠀⠀⠀⠀⠀⠀⠀⠀⠀│⠀⠀arpspoof⠀⠀⠀⠀│
+⠀⠀⠀⠀⠀⠀⠀⠀⠀⠀⠀⠀⠀⠀⠀⠀⠀⠀⠀⠀⠀⠀⠀⠀⠀⠀⠀⠀⠀⠀⠀⠀⠀⠀⠀⠀⠀⠀⠀⠀⠀⠀⠀⠀⠀⠀│⠀⠀⠀⠀⠀⠀⠀⠀⠀⠀⠀⠀⠀⠀│
+⠀⠀⠀⠀⠀⠀⠀⠀⠀⠀⠀⠀⠀⠀⠀⠀⠀⠀⠀⠀⠀⠀⠀⠀⠀┌─────────┐⠀⠀⠀⠀⠀⠀⠀⠀⠀⠀└──────────────┘
+┌────────────────────────┤⠀PRIVESC⠀├────────────────────────┐⠀
+│⠀⠀⠀⠀⠀⠀⠀⠀⠀⠀⠀⠀⠀⠀⠀⠀⠀⠀⠀⠀⠀⠀⠀⠀└─────────┘⠀⠀⠀⠀⠀⠀⠀⠀⠀⠀⠀⠀⠀⠀⠀⠀⠀⠀⠀⠀⠀⠀⠀⠀│⠀
+│⠀⠀⠀⠀⠀⠀⠀⠀⠀⠀⠀┌╌╌╌╌╌╌╌┐⠀⠀⠀⠀⠀⠀⠀⠀⠀⠀⠀⠀⠀⠀⠀⠀⠀⠀⠀┌╌╌╌╌╌╌╌╌╌┐⠀⠀⠀⠀⠀⠀⠀⠀⠀│⠀
+│⠀┌╌╌╌╌╌╌╌╌╌┤⠀LINUX⠀├╌╌╌╌╌╌╌╌╌┐⠀┌╌╌╌╌╌╌╌┤⠀WINDOWS⠀├╌╌╌╌╌╌╌┐⠀│⠀
+│⠀┆⠀⠀⠀⠀⠀⠀⠀⠀⠀└╌╌╌╌╌╌╌┘⠀⠀⠀⠀⠀⠀⠀⠀⠀┆⠀┆⠀⠀⠀⠀⠀⠀⠀└╌╌╌╌╌╌╌╌╌┘⠀⠀⠀⠀⠀⠀⠀┆⠀│⠀
+│⠀┆⠀⠀linPEAS⠀⠀⠀⠀⠀⠀⠀⠀⠀⠀⠀⠀⠀⠀⠀⠀⠀⠀┆⠀┆⠀⠀winPEAS⠀⠀⠀⠀⠀⠀⠀⠀⠀⠀⠀⠀⠀⠀⠀⠀┆⠀│⠀
+│⠀┆⠀⠀⠀⠀⠀⠀⠀⠀⠀⠀⠀⠀⠀⠀⠀⠀⠀⠀⠀⠀⠀⠀⠀⠀⠀⠀⠀┆⠀┆⠀⠀⠀⠀⠀⠀⠀⠀⠀⠀⠀⠀⠀⠀⠀⠀⠀⠀⠀⠀⠀⠀⠀⠀⠀┆⠀│⠀
+│⠀┆⠀⠀linux-exploit-suggester⠀⠀┆⠀┆⠀⠀PrivescCheck⠀⠀⠀⠀⠀⠀⠀⠀⠀⠀⠀┆⠀│⠀
+│⠀┆⠀⠀⠀⠀⠀⠀⠀⠀⠀⠀⠀⠀⠀⠀⠀⠀⠀⠀⠀⠀⠀⠀⠀⠀⠀⠀⠀┆⠀┆⠀⠀⠀⠀⠀⠀⠀⠀⠀⠀⠀⠀⠀⠀⠀⠀⠀⠀⠀⠀⠀⠀⠀⠀⠀┆⠀│⠀
+│⠀┆⠀⠀linuxprivchecker⠀⠀⠀⠀⠀⠀⠀⠀⠀┆⠀┆⠀⠀windows-privesc-check⠀⠀┆⠀│⠀
+│⠀┆⠀⠀⠀⠀⠀⠀⠀⠀⠀⠀⠀⠀⠀⠀⠀⠀⠀⠀⠀⠀⠀⠀⠀⠀⠀⠀⠀┆⠀┆⠀⠀⠀⠀⠀⠀⠀⠀⠀⠀⠀⠀⠀⠀⠀⠀⠀⠀⠀⠀⠀⠀⠀⠀⠀┆⠀│⠀
+│⠀└╌╌╌╌╌╌╌╌╌╌╌╌╌╌╌╌╌╌╌╌╌╌╌╌╌╌╌┘⠀┆⠀⠀RemotePotato0⠀⠀⠀⠀⠀⠀⠀⠀⠀⠀┆⠀│⠀
+│⠀⠀⠀⠀⠀⠀⠀⠀⠀⠀⠀⠀⠀⠀⠀⠀⠀⠀⠀⠀⠀⠀⠀⠀⠀⠀⠀⠀⠀⠀⠀┆⠀⠀⠀⠀⠀⠀⠀⠀⠀⠀⠀⠀⠀⠀⠀⠀⠀⠀⠀⠀⠀⠀⠀⠀⠀┆⠀│⠀
+│⠀⠀⠀⠀⠀⠀⠀⠀⠀⠀⠀⠀⠀⠀⠀⠀⠀⠀⠀⠀⠀⠀⠀⠀⠀⠀⠀⠀⠀⠀⠀└╌╌╌╌╌╌╌╌╌╌╌╌╌╌╌╌╌╌╌╌╌╌╌╌╌┘⠀│⠀
+└───────────────────────────────────────────────────────────┘⠀
 ]
-style information-gathering fill:#121212,stroke:#ffff00
+style information-gathering fill:#121212,stroke:#ff0000
 style exploitation fill:#121212,stroke:#0000ff
 style post-exploitation fill:#121212,stroke:#00ff00
 ```
````
